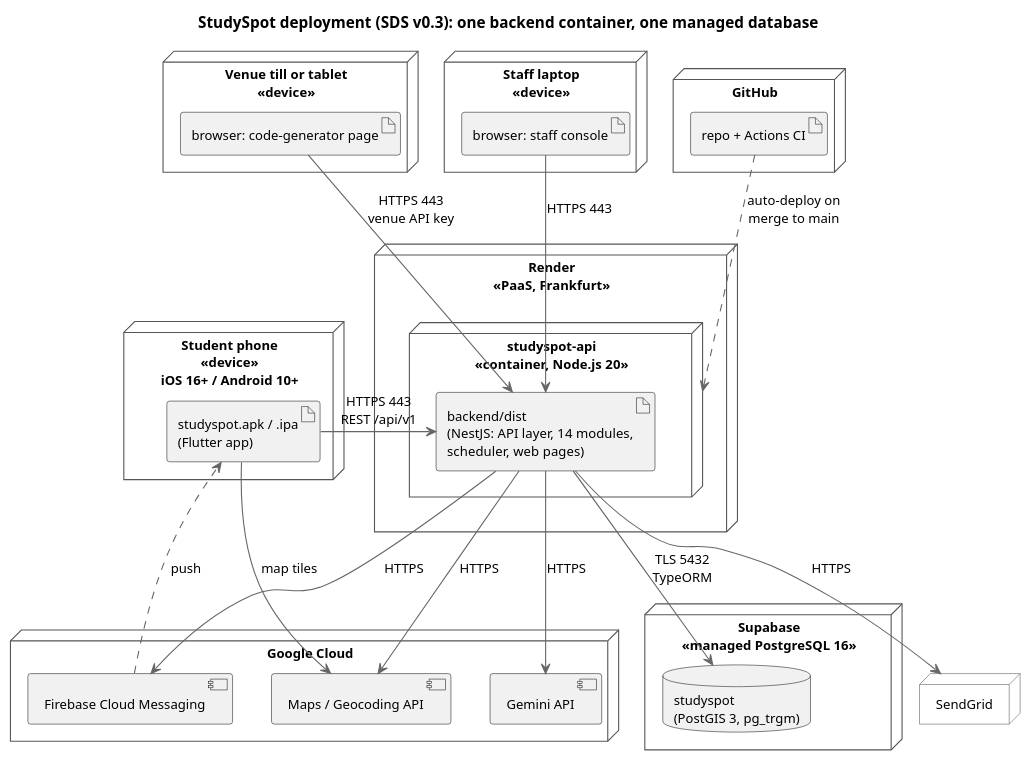
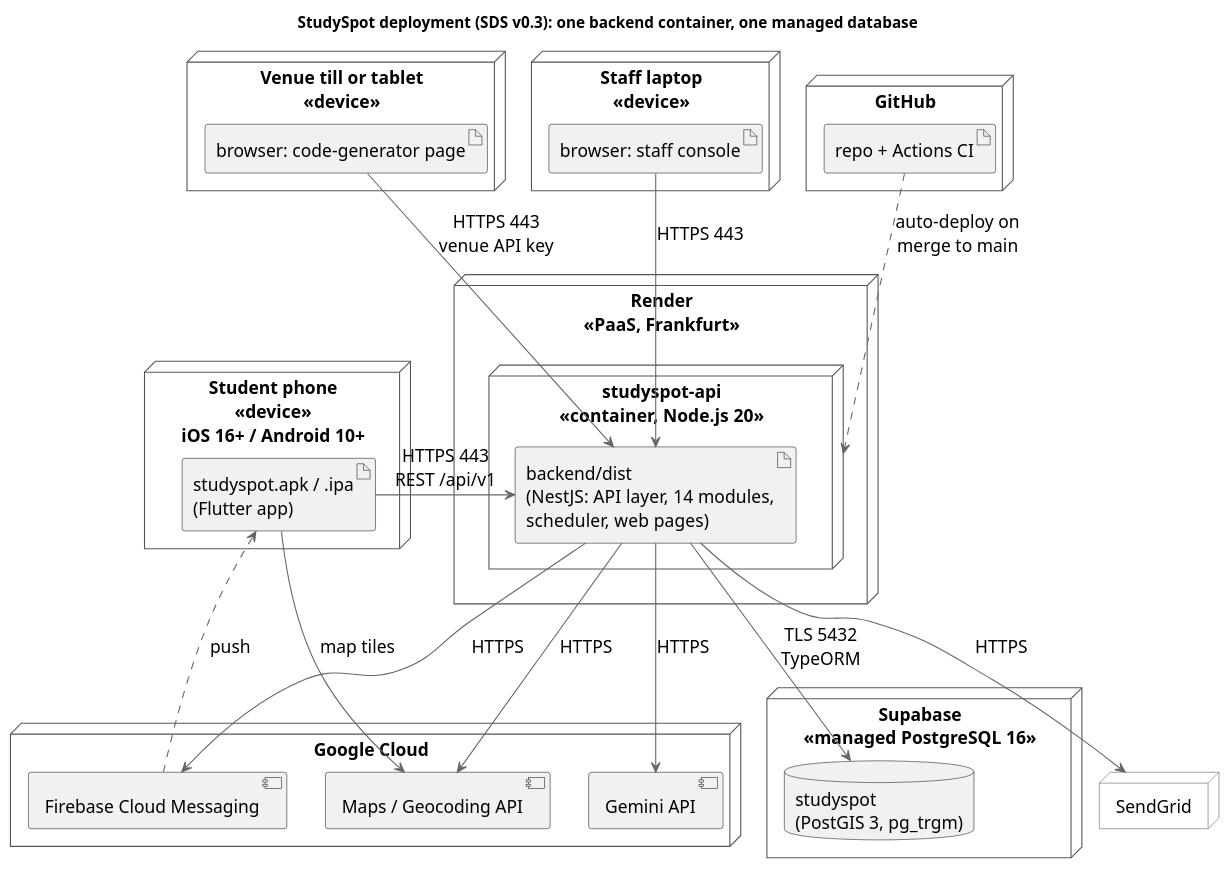
The diagram in docs/architecture/uml/deployment.puml (yasmeennasrr/StudySpot), drawn with PlantUML before and after one commit. The commit also changed 20 other files, not shown here.

First line of the commit message:
PB-01 SDS v0.3 (M1 part) with tracked changes; print-ready diagrams

```diff
--- a/docs/architecture/uml/deployment.puml
+++ b/docs/architecture/uml/deployment.puml
@@ -1,53 +1,53 @@
 @startuml deployment
 ' SDS v0.3: UML deployment diagram (replaces the bullet list in SDS 10.2).
 skinparam shadowing false
 skinparam defaultFontName Helvetica
-skinparam defaultFontSize 12
+skinparam defaultFontSize 16
 skinparam node {
   BackgroundColor white
   BorderColor #555555
 }
 skinparam ArrowColor #666666
 
 title StudySpot deployment (SDS v0.3): one backend container, one managed database
 
 node "Student phone\n<<device>>\niOS 16+ / Android 10+" as Phone {
   artifact "studyspot.apk / .ipa\n(Flutter app)" as AppArt
 }
 node "Venue till or tablet\n<<device>>" as Till {
   artifact "browser: code-generator page" as TillArt
 }
 node "Staff laptop\n<<device>>" as Laptop {
   artifact "browser: staff console" as StaffArt
 }
 
 node "Render\n<<PaaS, Frankfurt>>" as Render {
   node "studyspot-api\n<<container, Node.js 20>>" as Container {
     artifact "backend/dist\n(NestJS: API layer, 14 modules,\nscheduler, web pages)" as Api
   }
 }
 node "Supabase\n<<managed PostgreSQL 16>>" as Supabase {
   database "studyspot\n(PostGIS 3, pg_trgm)" as Db
 }
 node "Google Cloud" as Google {
   component "Gemini API" as Gemini
   component "Maps / Geocoding API" as Maps
   component "Firebase Cloud Messaging" as Fcm
 }
 node "SendGrid" as Sg
 node "GitHub" as Gh {
   artifact "repo + Actions CI" as Repo
 }
 
 AppArt --> Api : HTTPS 443\nREST /api/v1
 TillArt --> Api : HTTPS 443\nvenue API key
 StaffArt --> Api : HTTPS 443
 Api --> Db : TLS 5432\nTypeORM
 Api --> Gemini : HTTPS
 Api --> Maps : HTTPS
 Api --> Fcm : HTTPS
 Api --> Sg : HTTPS
 Fcm ..> AppArt : push
 AppArt --> Maps : map tiles
 Repo ..> Container : auto-deploy on\nmerge to main
 @enduml
```
